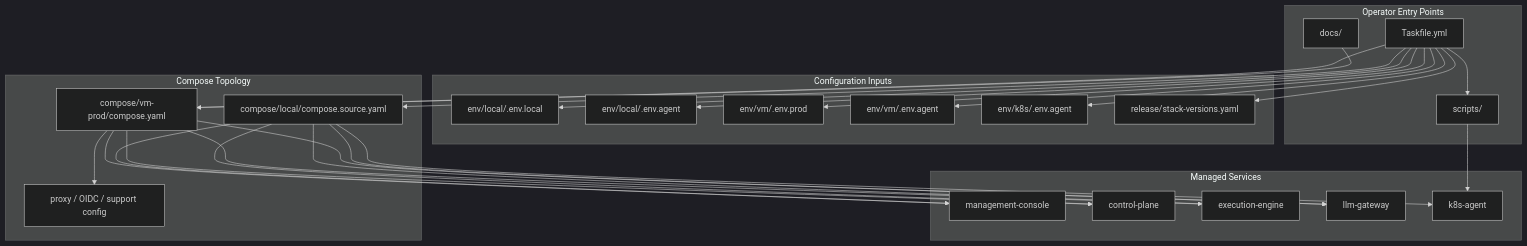
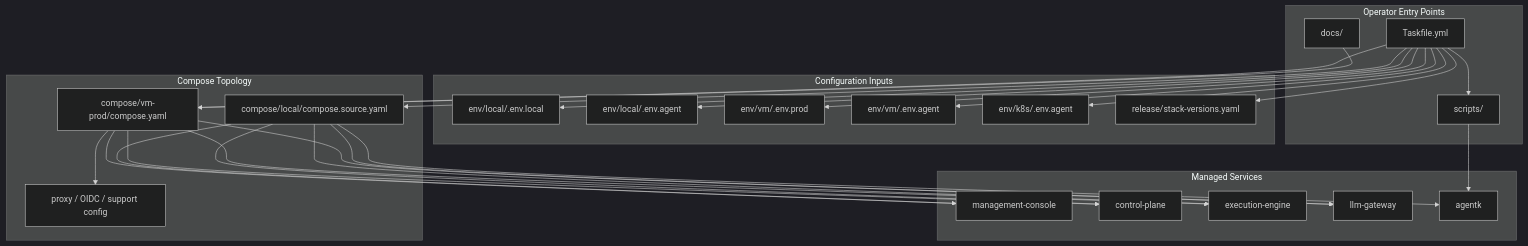
Before and after one commit to acornops/acornops-deployment: the second of 2 diagrams in ARCHITECTURE.md, drawn with Mermaid (dark theme). The commit also changed other lines of this file and 31 other files, not shown here.

````diff
--- a/ARCHITECTURE.md
+++ b/ARCHITECTURE.md
@@ -39,56 +39,56 @@
 ```mermaid
 flowchart TD
     subgraph Entry[Operator Entry Points]
         Taskfile[Taskfile.yml]
         Scripts[scripts/]
         Docs[docs/]
     end
 
     subgraph Config[Configuration Inputs]
         LocalEnv[env/local/.env.local]
         LocalAgentEnv[env/local/.env.agent]
         ProdEnv[env/vm/.env.prod]
         VmAgentEnv[env/vm/.env.agent]
         K8sAgentEnv[env/k8s/.env.agent]
         Versions[release/stack-versions.yaml]
     end
 
     subgraph Compose[Compose Topology]
         VMCompose[compose/vm-prod/compose.yaml]
         LocalOverlay[compose/local/compose.source.yaml]
         Proxy[proxy / OIDC / support config]
     end
 
     subgraph Managed[Managed Services]
         Console[management-console]
         CP[control-plane]
         EE[execution-engine]
         GW[llm-gateway]
-        Agent[k8s-agent]
+        Agent[agentk]
     end
 
     Taskfile --> Scripts
     Taskfile --> LocalEnv
     Taskfile --> LocalAgentEnv
     Taskfile --> ProdEnv
     Taskfile --> VmAgentEnv
     Taskfile --> K8sAgentEnv
     Taskfile --> VMCompose
     Taskfile --> LocalOverlay
     Taskfile --> Versions
 
     VMCompose --> Proxy
     VMCompose --> Console
     VMCompose --> CP
     VMCompose --> EE
     VMCompose --> GW
 
     LocalOverlay --> Console
     LocalOverlay --> CP
     LocalOverlay --> EE
     LocalOverlay --> GW
     LocalOverlay --> Agent
 
     Scripts --> Agent
     Docs --> VMCompose
 ```
````
